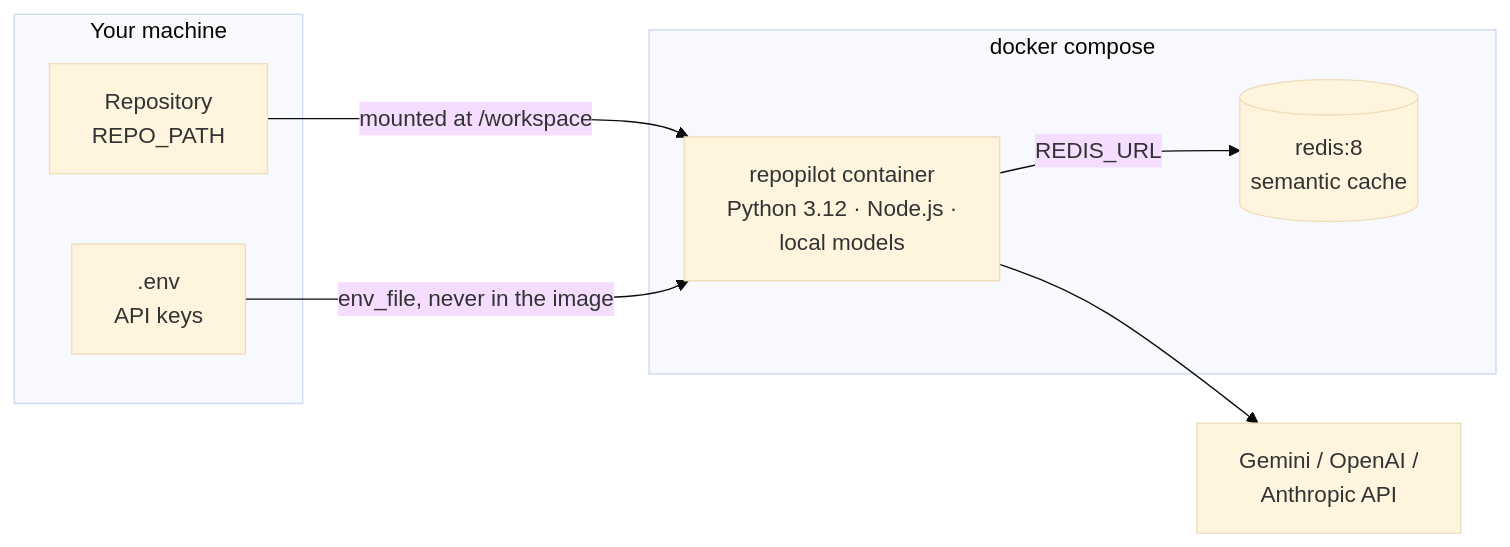
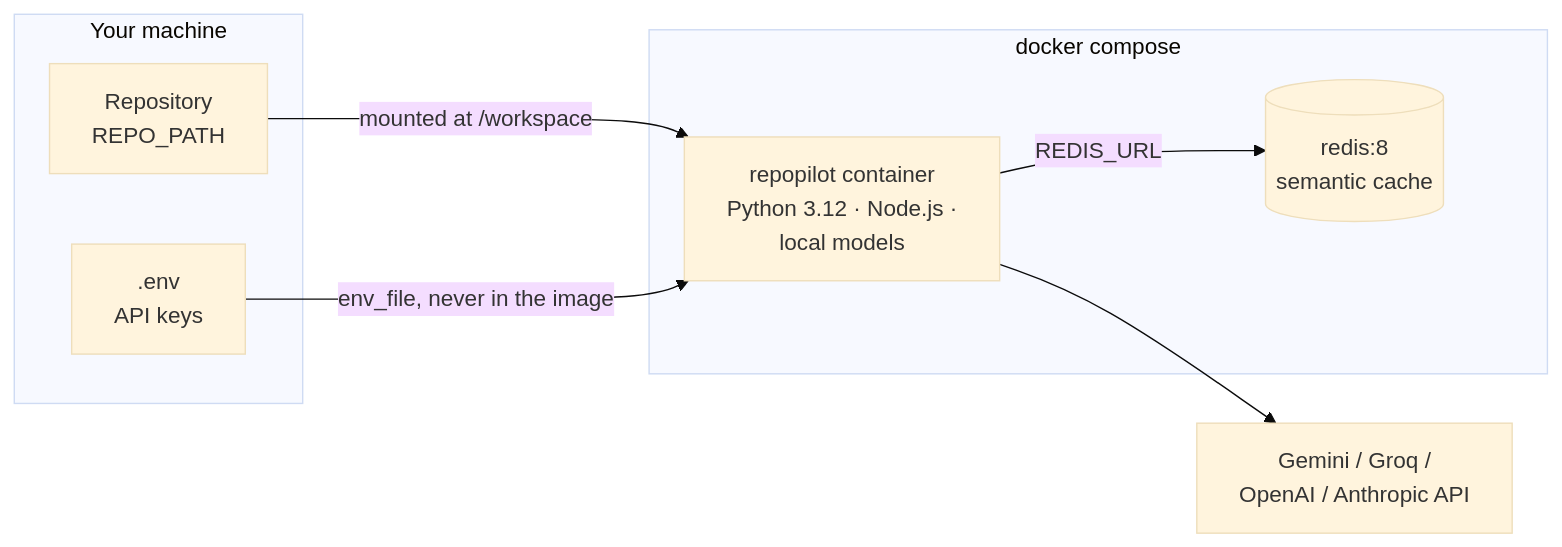
The tenth of 10 diagrams in README.md (Parth-Babariya/RepoPilot), drawn with Mermaid (base theme) before and after one commit. The commit also changed other lines of this file and 14 other files, not shown here.

First line of the commit message:
Add Groq as an LLM provider; per-model providers; critic evidence selection

````diff
--- a/README.md
+++ b/README.md
@@ -529,15 +529,15 @@
 ```mermaid
 flowchart LR
     subgraph host["Your machine"]
         repo["Repository<br/>REPO_PATH"]
         env[".env<br/>API keys"]
     end
     subgraph compose["docker compose"]
         app["repopilot container<br/>Python 3.12 · Node.js ·<br/>local models"]
         redis[("redis:8<br/>semantic cache")]
     end
     repo -- "mounted at /workspace" --> app
     env -- "env_file, never in the image" --> app
     app -- "REDIS_URL" --> redis
-    app --> llm["Gemini / OpenAI /<br/>Anthropic API"]
+    app --> llm["Gemini / Groq /<br/>OpenAI / Anthropic API"]
 ```
````
